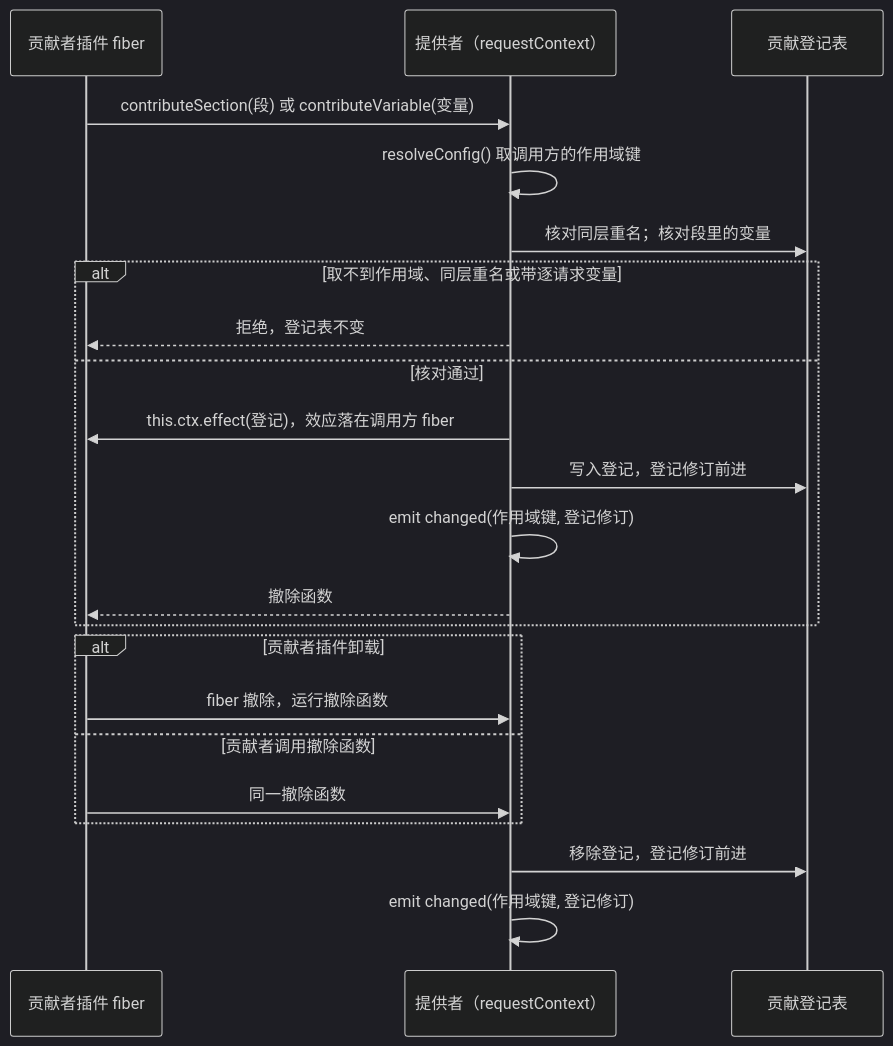
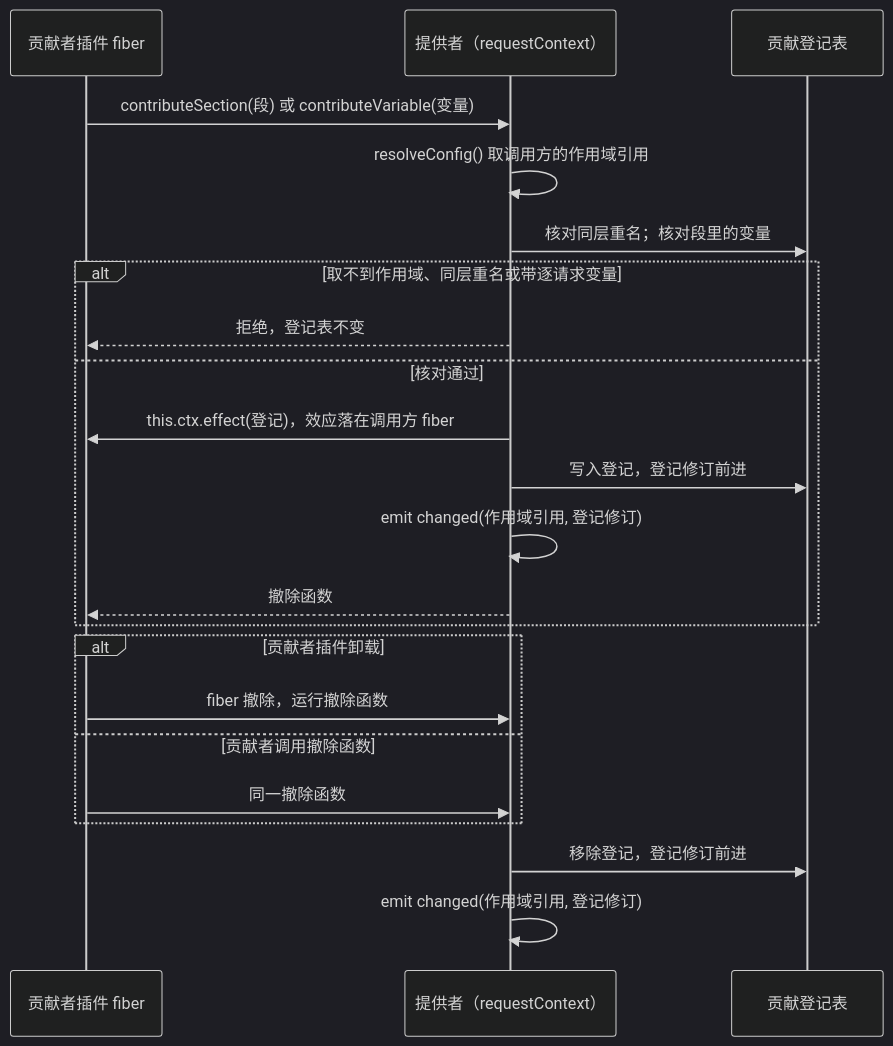
One commit to nemori-ai/omne-harness-lite changed the first of 2 diagrams in packages/context/request-context-cordis-contract/docs/flows.md. Above: the diagram before and after it, drawn with Mermaid (dark theme). The commit also changed other lines of this file and 70 other files, not shown here.

````diff
--- a/packages/context/request-context-cordis-contract/docs/flows.md
+++ b/packages/context/request-context-cordis-contract/docs/flows.md
@@ -15,24 +15,24 @@
 ```mermaid
 sequenceDiagram
   participant CF as 贡献者插件 fiber
   participant S as 提供者（requestContext）
   participant T as 贡献登记表
   CF->>S: contributeSection(段) 或 contributeVariable(变量)
-  S->>S: resolveConfig() 取调用方的作用域键
+  S->>S: resolveConfig() 取调用方的作用域引用
   S->>T: 核对同层重名；核对段里的变量
   alt 取不到作用域、同层重名或带逐请求变量
     S-->>CF: 拒绝，登记表不变
   else 核对通过
     S->>CF: this.ctx.effect(登记)，效应落在调用方 fiber
     S->>T: 写入登记，登记修订前进
-    S->>S: emit changed(作用域键, 登记修订)
+    S->>S: emit changed(作用域引用, 登记修订)
     S-->>CF: 撤除函数
   end
   alt 贡献者插件卸载
     CF->>S: fiber 撤除，运行撤除函数
   else 贡献者调用撤除函数
     CF->>S: 同一撤除函数
   end
   S->>T: 移除登记，登记修订前进
-  S->>S: emit changed(作用域键, 登记修订)
+  S->>S: emit changed(作用域引用, 登记修订)
 ```
````
